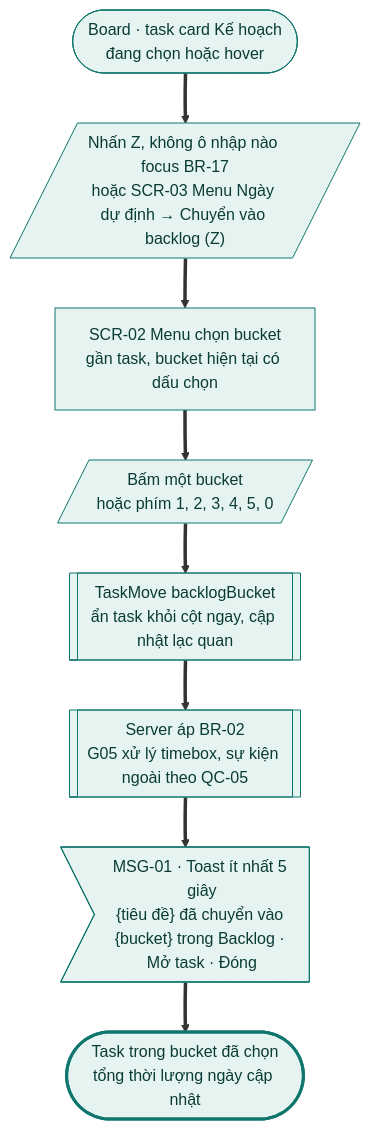
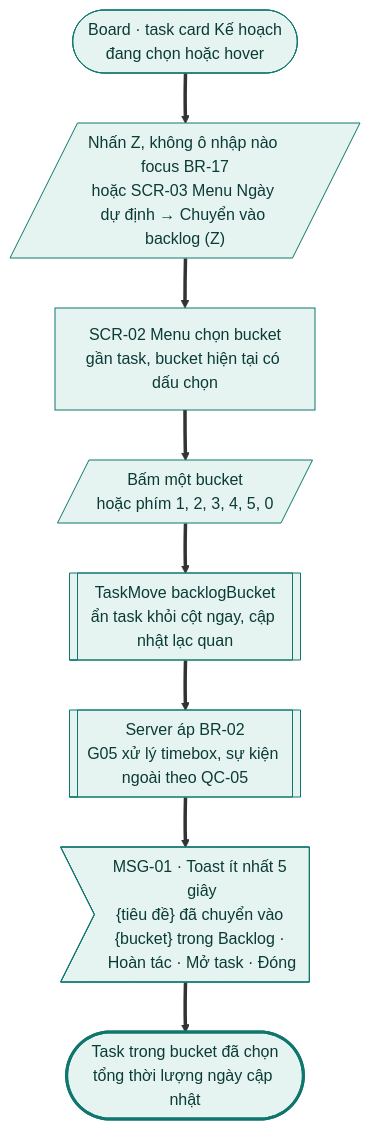
Before and after one commit to tannguyenho/personal-app: the first of 18 diagrams in docs/design-brief/flow/g06-backlog-rollover.md, drawn with Mermaid. The commit also changed other lines of this file and 5 other files, not shown here.

First line of the commit message:
docs(G03, G06): áp quyết định PO 09/11 vào SRS, PRD, flow

````diff
--- a/docs/design-brief/flow/g06-backlog-rollover.md
+++ b/docs/design-brief/flow/g06-backlog-rollover.md
@@ -26,25 +26,25 @@
 ```mermaid
 flowchart TD
   start(["Board · task card Kế hoạch<br/>đang chọn hoặc hover"])
   u1[/"Nhấn Z, không ô nhập nào focus BR-17<br/>hoặc SCR-03 Menu Ngày dự định → Chuyển vào backlog (Z)"/]
   s1["SCR-02 Menu chọn bucket<br/>gần task, bucket hiện tại có dấu chọn"]
   u2[/"Bấm một bucket<br/>hoặc phím 1, 2, 3, 4, 5, 0"/]
   p1[["TaskMove backlogBucket<br/>ẩn task khỏi cột ngay, cập nhật lạc quan"]]
   p2[["Server áp BR-02<br/>G05 xử lý timebox, sự kiện ngoài theo QC-05"]]
-  m1>"MSG-01 · Toast ít nhất 5 giây<br/>{tiêu đề} đã chuyển vào {bucket} trong Backlog · Mở task · Đóng"]
+  m1>"MSG-01 · Toast ít nhất 5 giây<br/>{tiêu đề} đã chuyển vào {bucket} trong Backlog · Hoàn tác · Mở task · Đóng"]
   ok(["Task trong bucket đã chọn<br/>tổng thời lượng ngày cập nhật"])
 
   start ==> u1 ==> s1 ==> u2 ==> p1 ==> p2 ==> m1 ==> ok
 
   class start,u1,s1,u2,p1,p2,m1 happy
   class ok done
   classDef happy fill:#E6F4F1,stroke:#0F766E,color:#0B3B36
   classDef alt fill:#F1F3F5,stroke:#6B7280,color:#1F2937
   classDef err fill:#FDECEC,stroke:#B42318,color:#5C1010
   classDef warn fill:#FEF4E2,stroke:#B45309,color:#4A2604
   classDef ai fill:#F1ECFD,stroke:#6D28D9,color:#2E1065
   classDef sync fill:#FFFFFF,stroke:#6B7280,stroke-dasharray:4 3,color:#1F2937
   classDef link fill:#FFFFFF,stroke:#0F766E,stroke-dasharray:4 3,color:#0B3B36
   classDef done fill:#E6F4F1,stroke:#0F766E,stroke-width:3px,color:#0B3B36
   classDef fail fill:#FDECEC,stroke:#B42318,stroke-width:3px,color:#5C1010
 ```
````
